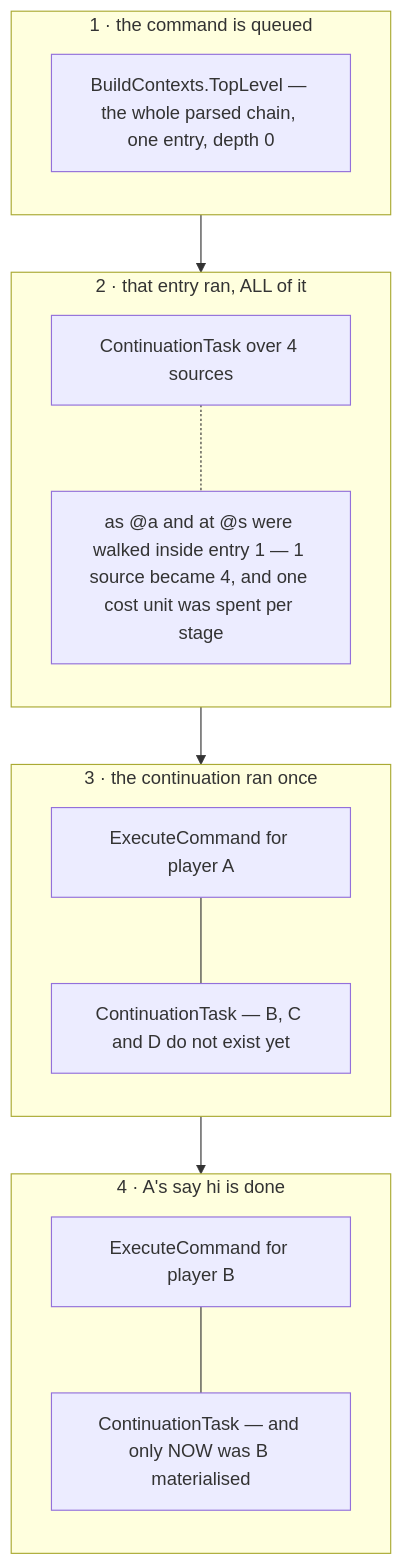
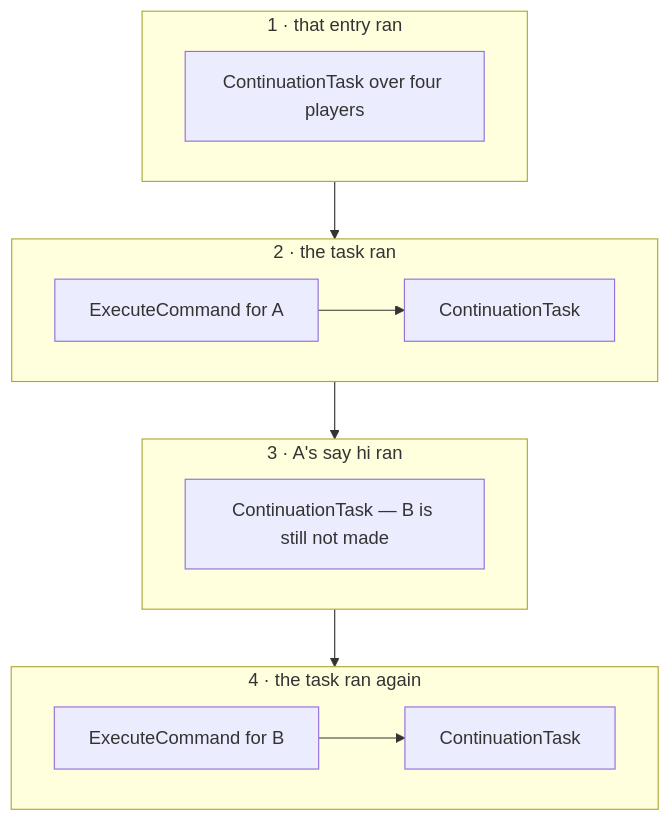
The diagram in src/systems/commands/the-execution-engine.md (AlexanderjFraser/MinecraftDocs), drawn with Mermaid before and after one commit. The commit also changed other lines of this file and 16 other files, not shown here.

````diff
--- a/src/systems/commands/the-execution-engine.md
+++ b/src/systems/commands/the-execution-engine.md
@@ -50,26 +51,18 @@
 ```mermaid
-flowchart TB
-    subgraph T1["1 · the command is queued"]
-        direction TB
-        A1["BuildContexts.TopLevel — the whole parsed chain, one entry, depth 0"]
+flowchart TD
+    subgraph T2["1 · that entry ran"]
+        B1["ContinuationTask over four players"]
     end
-    subgraph T2["2 · that entry ran, ALL of it"]
-        direction TB
-        B1["ContinuationTask over 4 sources"]
-        B2["as @a and at @s were walked inside entry 1 — 1 source became 4, and one cost unit was spent per stage"]
-        B1 -.- B2
+    subgraph T3["2 · the task ran"]
+        direction LR
+        C1["ExecuteCommand for A"] --> C2["ContinuationTask"]
     end
-    subgraph T3["3 · the continuation ran once"]
-        direction TB
-        C1["ExecuteCommand for player A"]
-        C2["ContinuationTask — B, C and D do not exist yet"]
-        C1 --- C2
+    subgraph T4["3 · A's say hi ran"]
+        D1["ContinuationTask — B is still not made"]
     end
-    subgraph T4["4 · A's say hi is done"]
-        direction TB
-        D1["ExecuteCommand for player B"]
-        D2["ContinuationTask — and only NOW was B materialised"]
-        D1 --- D2
+    subgraph T5["4 · the task ran again"]
+        direction LR
+        E1["ExecuteCommand for B"] --> E2["ContinuationTask"]
     end
-    T1 --> T2 --> T3 --> T4
+    T2 --> T3 --> T4 --> T5
 ```
````
